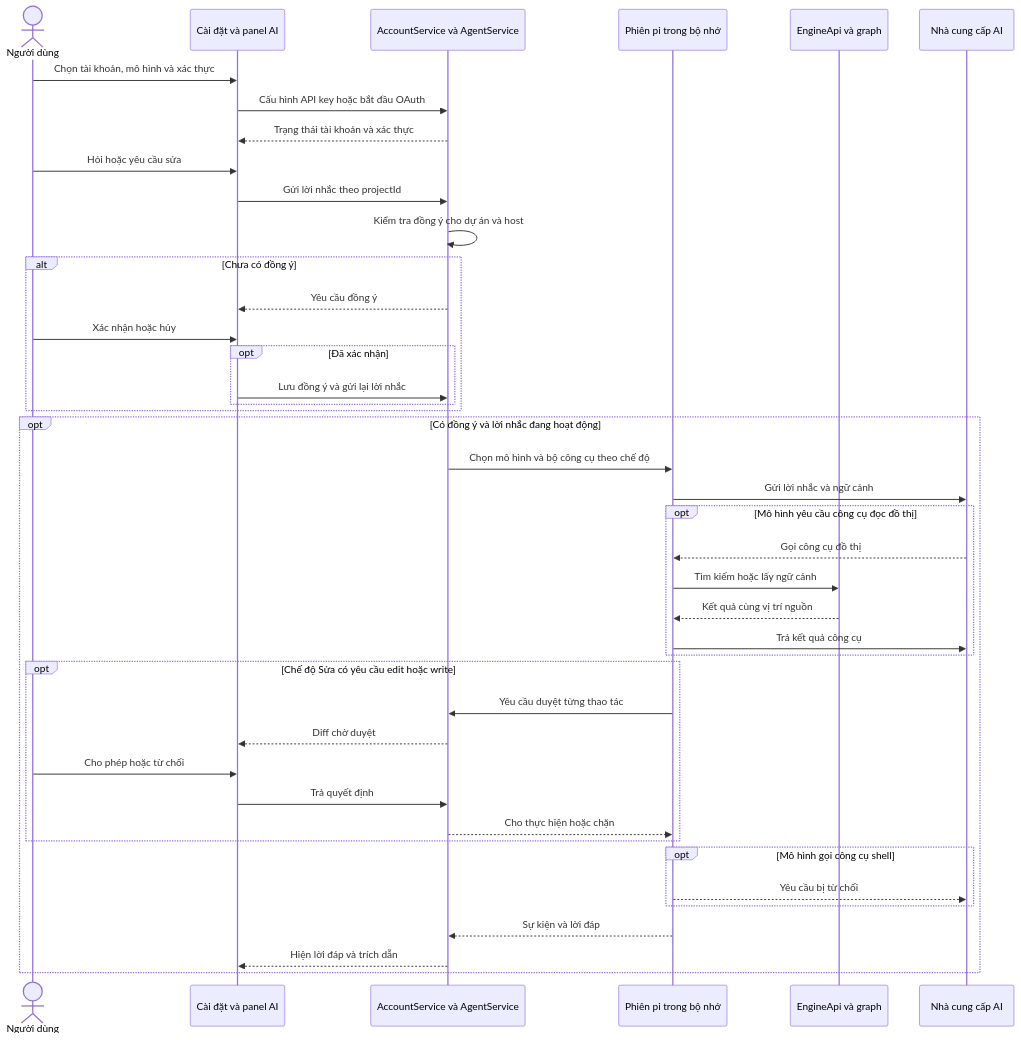
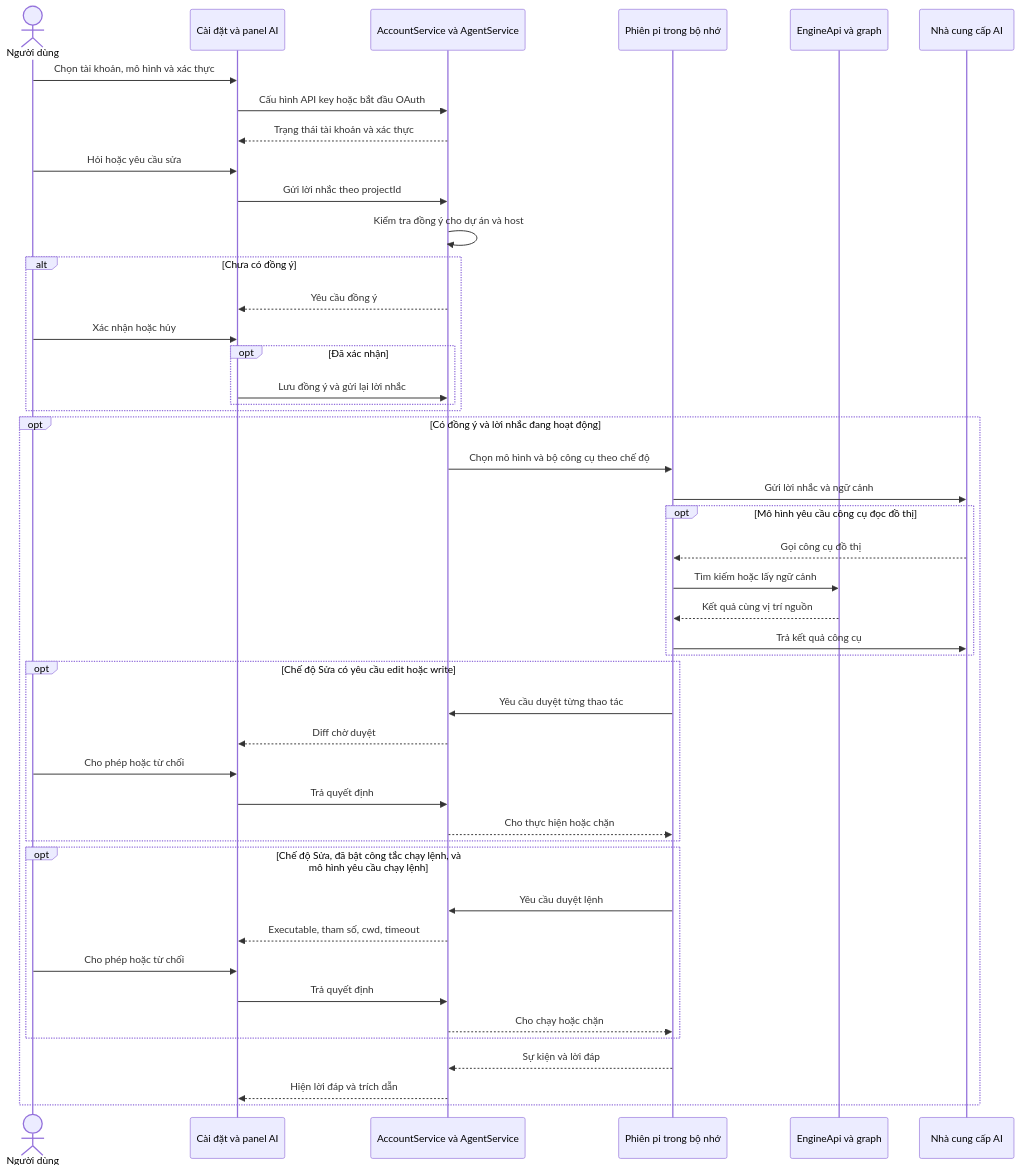
The third of 3 diagrams in docs/srs/architecture.md (twotnguyen/nexgraph), drawn with Mermaid before and after one commit. The commit also changed other lines of this file and 1 other file, not shown here.

First line of the commit message:
docs(srs): mô hình dữ liệu v7/app v3/global v1, kiến trúc mốc hiện hành + F16

````diff
--- a/docs/srs/architecture.md
+++ b/docs/srs/architecture.md
@@ -135,45 +152,49 @@
 ```mermaid
 sequenceDiagram
     actor User as Người dùng
     participant UI as Cài đặt và panel AI
     participant Host as AccountService và AgentService
     participant Pi as Phiên pi trong bộ nhớ
     participant API as EngineApi và graph
     participant Model as Nhà cung cấp AI
 
     User->>UI: Chọn tài khoản, mô hình và xác thực
     UI->>Host: Cấu hình API key hoặc bắt đầu OAuth
     Host-->>UI: Trạng thái tài khoản và xác thực
     User->>UI: Hỏi hoặc yêu cầu sửa
     UI->>Host: Gửi lời nhắc theo projectId
     Host->>Host: Kiểm tra đồng ý cho dự án và host
     alt Chưa có đồng ý
         Host-->>UI: Yêu cầu đồng ý
         User->>UI: Xác nhận hoặc hủy
         opt Đã xác nhận
             UI->>Host: Lưu đồng ý và gửi lại lời nhắc
         end
     end
     opt Có đồng ý và lời nhắc đang hoạt động
         Host->>Pi: Chọn mô hình và bộ công cụ theo chế độ
         Pi->>Model: Gửi lời nhắc và ngữ cảnh
         opt Mô hình yêu cầu công cụ đọc đồ thị
             Model-->>Pi: Gọi công cụ đồ thị
             Pi->>API: Tìm kiếm hoặc lấy ngữ cảnh
             API-->>Pi: Kết quả cùng vị trí nguồn
             Pi->>Model: Trả kết quả công cụ
         end
         opt Chế độ Sửa có yêu cầu edit hoặc write
             Pi->>Host: Yêu cầu duyệt từng thao tác
             Host-->>UI: Diff chờ duyệt
             User->>UI: Cho phép hoặc từ chối
             UI->>Host: Trả quyết định
             Host-->>Pi: Cho thực hiện hoặc chặn
         end
-        opt Mô hình gọi công cụ shell
-            Pi-->>Model: Yêu cầu bị từ chối
+        opt Chế độ Sửa, đã bật công tắc chạy lệnh, và mô hình yêu cầu chạy lệnh
+            Pi->>Host: Yêu cầu duyệt lệnh
+            Host-->>UI: Executable, tham số, cwd, timeout
+            User->>UI: Cho phép hoặc từ chối
+            UI->>Host: Trả quyết định
+            Host-->>Pi: Cho chạy hoặc chặn
         end
         Pi-->>Host: Sự kiện và lời đáp
         Host-->>UI: Hiện lời đáp và trích dẫn
     end
 ```
````
